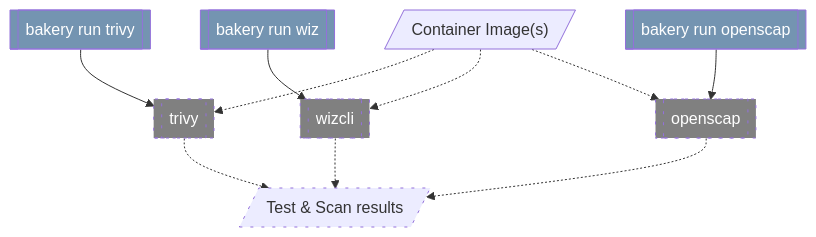
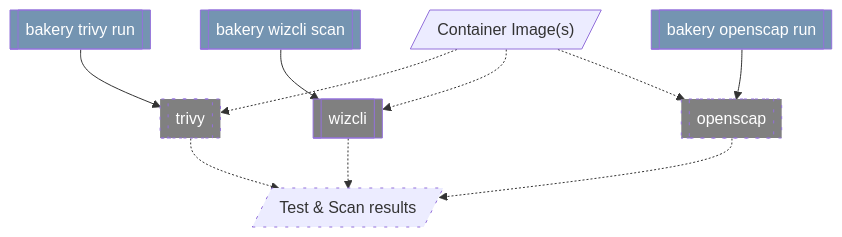
One commit to posit-dev/images-shared changed the sixth of 8 diagrams in posit-bakery/docs/architecture.qmd. Above: the diagram before and after it, drawn with Mermaid. The commit also changed other lines of this file and 1 other file, not shown here.

````diff
--- a/posit-bakery/docs/architecture.qmd
+++ b/posit-bakery/docs/architecture.qmd
@@ -216,34 +216,34 @@
 ```{mermaid}
 %%| fig-cap: "Bakery Scanning Workflow"
 flowchart TD
 
     image[/"Container Image(s)"/]
     results[/"Test & Scan results"/]
 
     trivy[[trivy]]
-    runTrivy[[bakery run trivy]]
+    runTrivy[[bakery trivy run]]
     runTrivy --> trivy
     image -.-> trivy -.-> results
 
     wizcli[[wizcli]]
-    runWizcli[[bakery run wiz]]
+    runWizcli[[bakery wizcli scan]]
     runWizcli --> wizcli
     image -.-> wizcli -.-> results
 
     openscap[[openscap]]
-    runOpenscap[[bakery run openscap]]
+    runOpenscap[[bakery openscap run]]
     runOpenscap --> openscap
     image -.-> openscap -.-> results
 
     classDef tooling fill:#7494B1,color:#fff
     classDef external fill:grey,color:#fff
     classDef progress stroke-dasharray: 2 2
     classDef todo stroke-dasharray: 3 8
 
     class runTrivy,runOpenscap,runWizcli tooling
     class trivy,openscap,wizcli external
 
     %% Mark what we are working on and is in flight %%
-    class inprogress,trivy,wizcli todo
+    class inprogress,trivy todo
     class openscap,results todo
 ```
````
